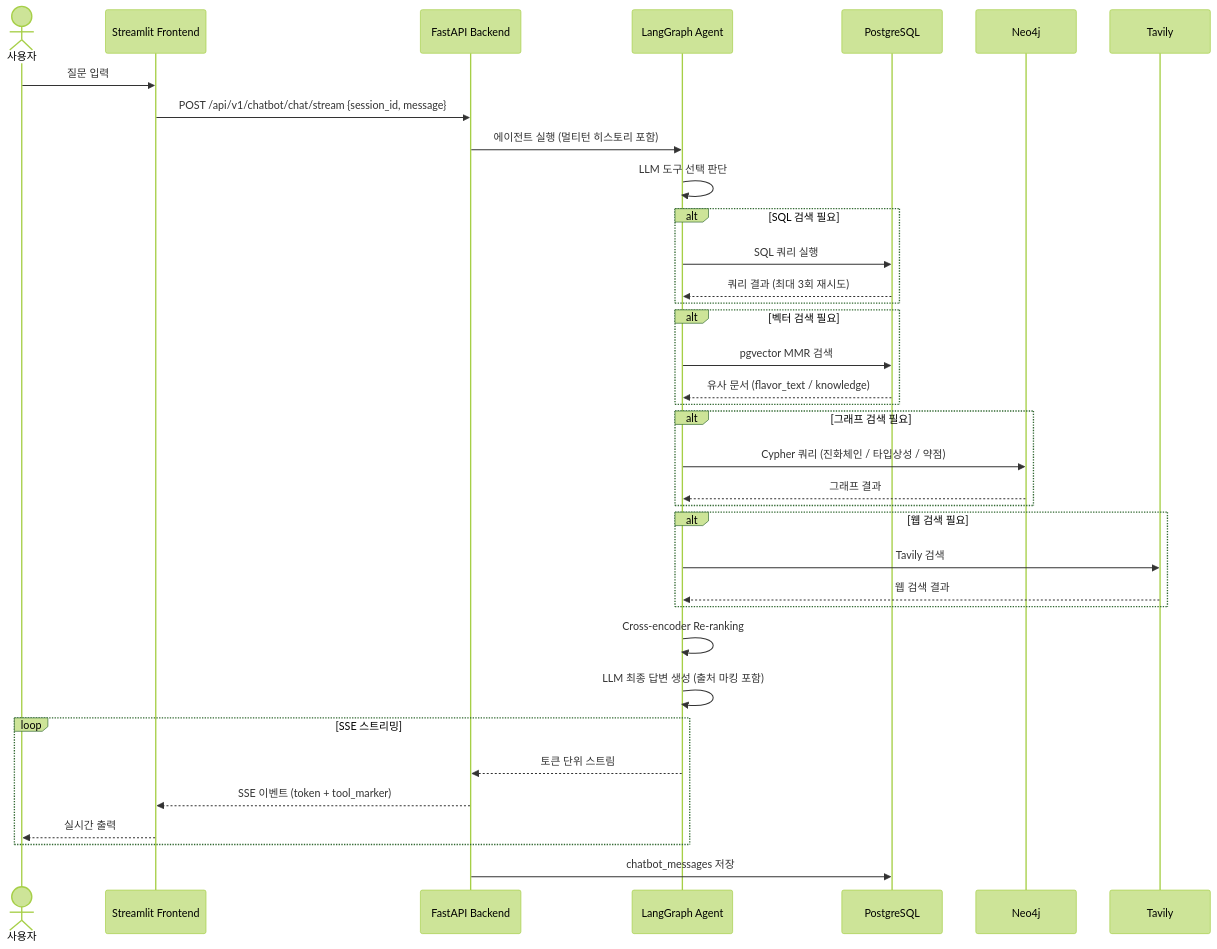
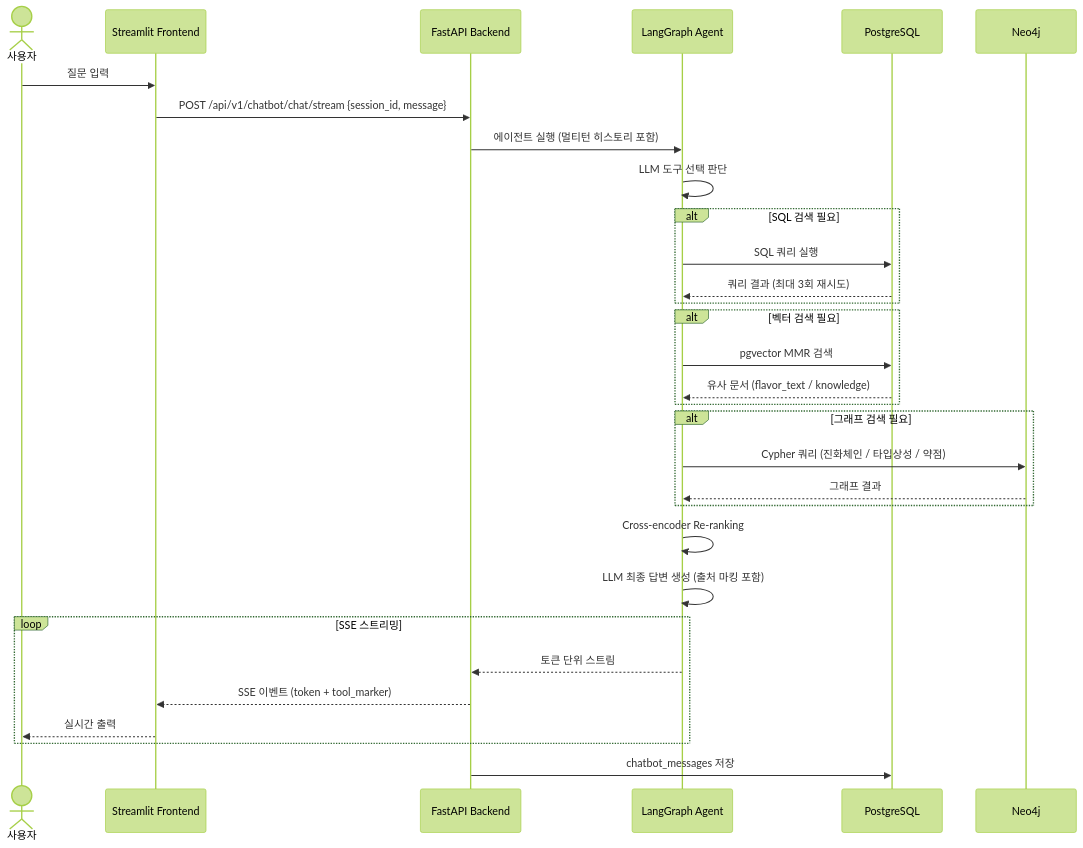
Before and after one commit to SKNETWORKS-FAMILY-AICAMP/SKN27-3rd-3TEAM: the ninth of 12 diagrams in README.md, drawn with Mermaid (forest theme). The commit also changed other lines of this file, not shown here.

````diff
--- a/README.md
+++ b/README.md
@@ -391,39 +407,34 @@
 ```mermaid
 sequenceDiagram
     actor U as 사용자
     participant FE as Streamlit Frontend
     participant BE as FastAPI Backend
     participant AG as LangGraph Agent
     participant PG as PostgreSQL
     participant Neo as Neo4j
-    participant WEB as Tavily
 
     U->>FE: 질문 입력
     FE->>BE: POST /api/v1/chatbot/chat/stream {session_id, message}
     BE->>AG: 에이전트 실행 (멀티턴 히스토리 포함)
     AG->>AG: LLM 도구 선택 판단
     alt SQL 검색 필요
         AG->>PG: SQL 쿼리 실행
         PG-->>AG: 쿼리 결과 (최대 3회 재시도)
     end
     alt 벡터 검색 필요
         AG->>PG: pgvector MMR 검색
         PG-->>AG: 유사 문서 (flavor_text / knowledge)
     end
     alt 그래프 검색 필요
         AG->>Neo: Cypher 쿼리 (진화체인 / 타입상성 / 약점)
         Neo-->>AG: 그래프 결과
     end
-    alt 웹 검색 필요
-        AG->>WEB: Tavily 검색
-        WEB-->>AG: 웹 검색 결과
-    end
     AG->>AG: Cross-encoder Re-ranking
     AG->>AG: LLM 최종 답변 생성 (출처 마킹 포함)
     loop SSE 스트리밍
         AG-->>BE: 토큰 단위 스트림
         BE-->>FE: SSE 이벤트 (token + tool_marker)
         FE-->>U: 실시간 출력
     end
     BE->>PG: chatbot_messages 저장
 ```
````
